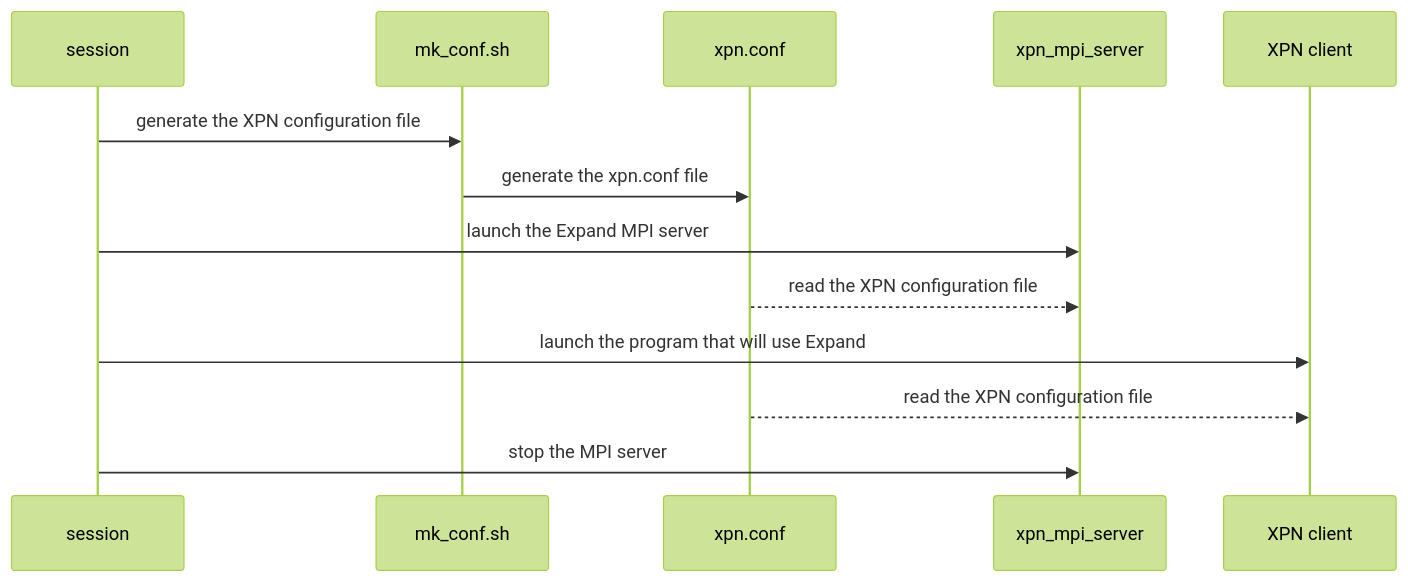
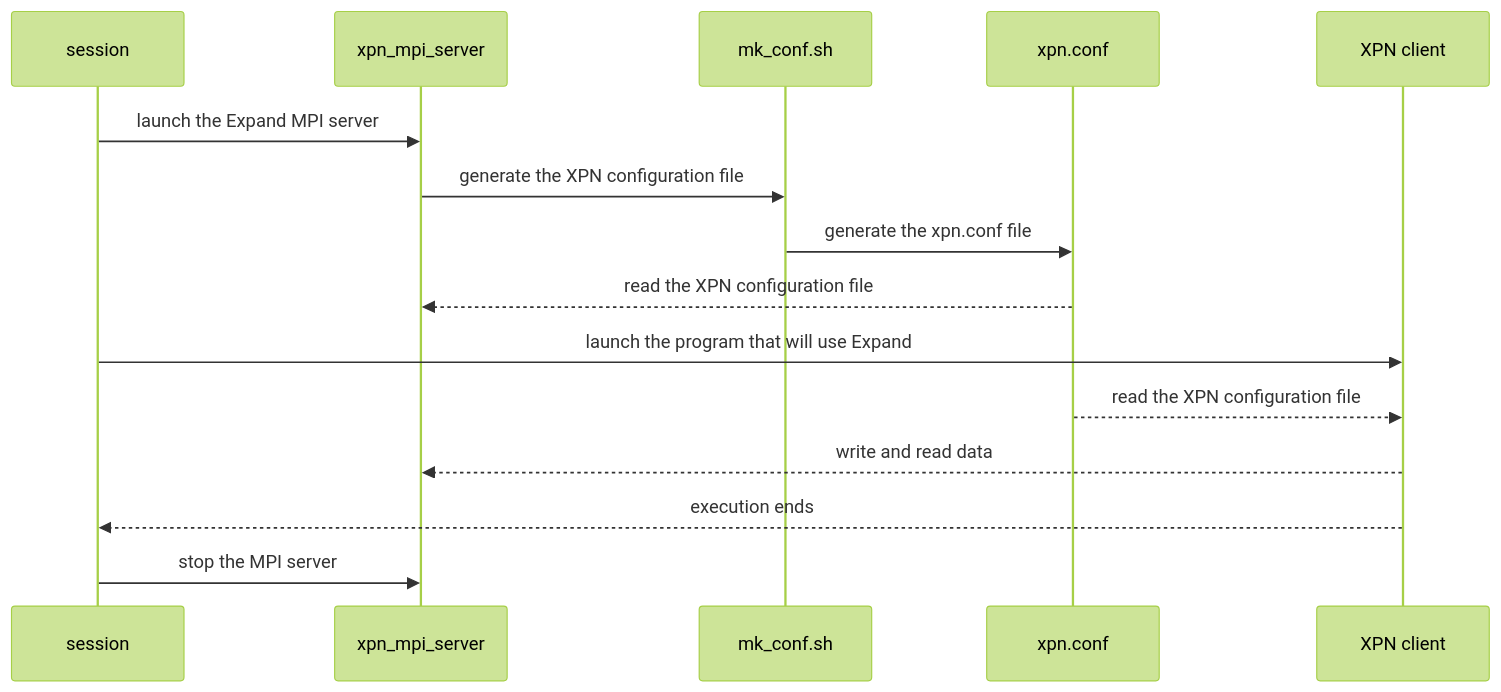
One commit to xpn-arcos/xpn changed the first of 3 diagrams in README.md. Above: the diagram before and after it, drawn with Mermaid (forest theme). The commit also changed other lines of this file, not shown here.

````diff
--- a/README.md
+++ b/README.md
@@ -96,10 +94,12 @@
 ```mermaid
 sequenceDiagram
-    session    ->> mk_conf.sh: generate the XPN configuration file
-    mk_conf.sh ->> xpn.conf: generate the xpn.conf file
-    session    ->> xpn_mpi_server: launch the Expand MPI server
-    xpn.conf  -->> xpn_mpi_server: read the XPN configuration file
-    session    ->> XPN client: launch the program that will use Expand
-    xpn.conf  -->> XPN client: read the XPN configuration file
-    session    ->> xpn_mpi_server: stop the MPI server
+    session        ->> xpn_mpi_server: launch the Expand MPI server
+    xpn_mpi_server ->> mk_conf.sh: generate the XPN configuration file
+    mk_conf.sh     ->> xpn.conf: generate the xpn.conf file
+    xpn.conf      -->> xpn_mpi_server: read the XPN configuration file
+    session        ->> XPN client: launch the program that will use Expand
+    xpn.conf      -->> XPN client: read the XPN configuration file
+    XPN client    -->> xpn_mpi_server: write and read data
+    XPN client    -->> session: execution ends
+    session        ->> xpn_mpi_server: stop the MPI server
 ```
````
